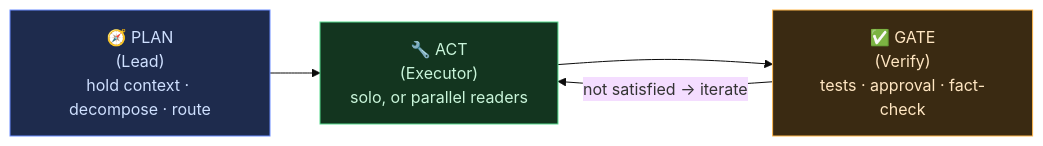
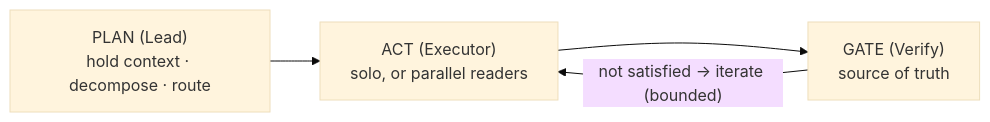
One commit to OwLLM/owllm changed the first of 5 diagrams in docs/AGENTIC_DESIGN.md. Above: the diagram before and after it, drawn with Mermaid (base theme). The commit also changed other lines of this file, not shown here.

Commit message:
docs: agentic architecture v2 (4 adaptive shapes)

````diff
--- a/docs/AGENTIC_DESIGN.md
+++ b/docs/AGENTIC_DESIGN.md
@@ -17,11 +14,6 @@
 ```mermaid
 flowchart LR
-    P["🧭 PLAN<br/>(Lead)<br/>hold context · decompose · route"]:::plan
-    A["🔧 ACT<br/>(Executor)<br/>solo, or parallel readers"]:::act
-    G["✅ GATE<br/>(Verify)<br/>tests · approval · fact-check"]:::gate
-    P --> A --> G
-    G -- "not satisfied → iterate" --> A
-    classDef plan fill:#1e2b4d,stroke:#6b8cff,color:#cfe0ff
-    classDef act fill:#13351f,stroke:#54d98c,color:#c9f5da
-    classDef gate fill:#3a2a12,stroke:#ffb74d,color:#ffe6c2
+  P["PLAN (Lead)<br/>hold context · decompose · route"] --> A["ACT (Executor)<br/>solo, or parallel readers"]
+  A --> G["GATE (Verify)<br/>source of truth"]
+  G -- "not satisfied → iterate (bounded)" --> A
 ```
````
